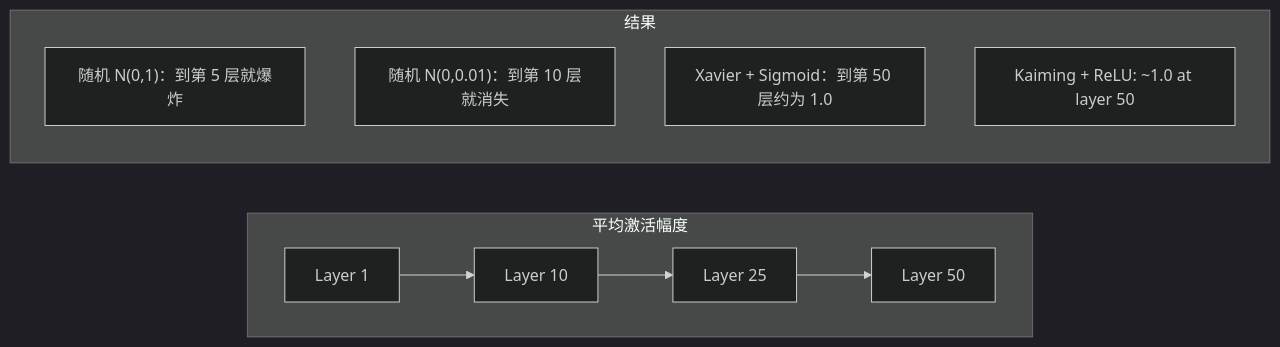
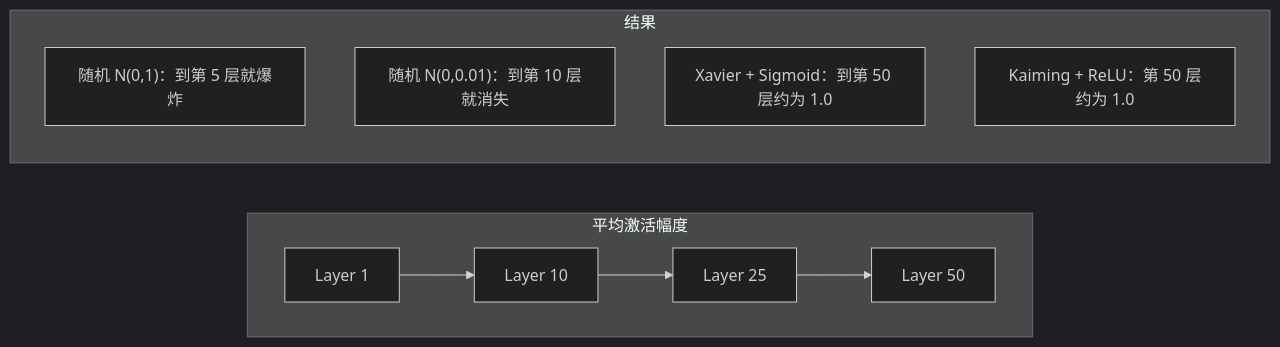
One commit to omigaZen/ai-engineering-from-scratch changed the second of 3 diagrams in phases/03-deep-learning-core/08-weight-initialization/docs/zh.md. Above: the diagram before and after it, drawn with Mermaid (dark theme). The commit also changed other lines of this file, not shown here.

````diff
--- a/phases/03-deep-learning-core/08-weight-initialization/docs/zh.md
+++ b/phases/03-deep-learning-core/08-weight-initialization/docs/zh.md
@@ -130,14 +130,14 @@
 ```mermaid
 graph LR
     subgraph "平均激活幅度"
         direction LR
         L1["Layer 1"] --> L10["Layer 10"] --> L25["Layer 25"] --> L50["Layer 50"]
     end
 
     subgraph "结果"
         R1["随机 N(0,1)：到第 5 层就爆炸"]
         R2["随机 N(0,0.01)：到第 10 层就消失"]
         R3["Xavier + Sigmoid：到第 50 层约为 1.0"]
-        R4["Kaiming + ReLU: ~1.0 at layer 50"]
+    R4["Kaiming + ReLU：第 50 层约为 1.0"]
     end
 ```
````
